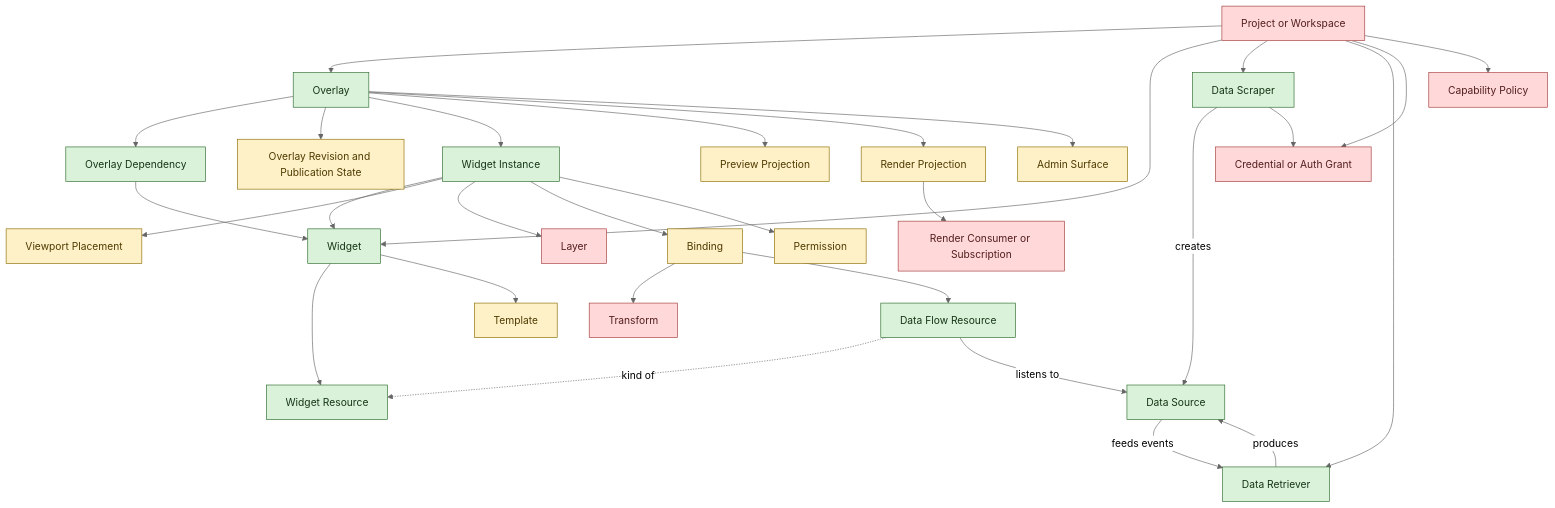
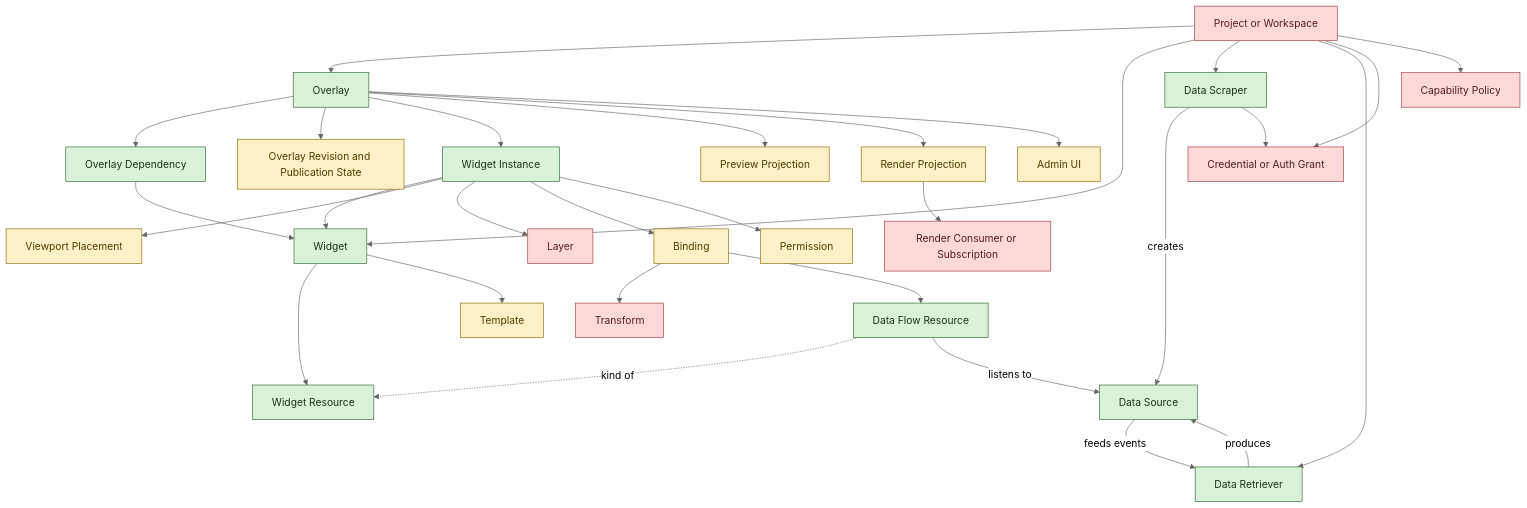
One commit to kane-thornwyrd/nexis changed the diagram in GLOSSARY.md. Above: the diagram before and after it, drawn with Mermaid (neutral theme). The commit also changed other lines of this file and 10 other files, not shown here.

````diff
--- a/GLOSSARY.md
+++ b/GLOSSARY.md
@@ -809,64 +843,64 @@
 ```mermaid
 graph TD
   Project[Project or Workspace]
   Overlay[Overlay]
   OverlayDependency[Overlay Dependency]
   Revision[Overlay Revision and Publication State]
   Widget[Widget]
   WidgetResource[Widget Resource]
   DataScraper[Data Scraper]
   DataRetriever[Data Retriever]
   DataSource[Data Source]
   DataFlowResource[Data Flow Resource]
   WidgetInstance[Widget Instance]
   Template[Template]
   Placement[Viewport Placement]
   Layer[Layer]
   Binding[Binding]
   Transform[Transform]
   Credential[Credential or Auth Grant]
   Permission[Permission]
   Policy[Capability Policy]
   Preview[Preview Projection]
   Render[Render Projection]
-  Admin[Admin Surface]
+  Admin[Admin UI]
   Subscription[Render Consumer or Subscription]
 
   Project --> Overlay
   Project --> Widget
   Project --> DataScraper
   Project --> DataRetriever
   Project --> Credential
   Project --> Policy
   Overlay --> OverlayDependency
   Overlay --> Revision
   Overlay --> WidgetInstance
   Overlay --> Preview
   Overlay --> Render
   Overlay --> Admin
   OverlayDependency --> Widget
   Widget --> WidgetResource
   DataFlowResource -. kind of .-> WidgetResource
   Widget --> Template
   DataScraper -->|creates| DataSource
   DataScraper --> Credential
   DataSource -->|feeds events| DataRetriever
   DataRetriever -->|produces| DataSource
   WidgetInstance --> Widget
   WidgetInstance --> Placement
   WidgetInstance --> Layer
   WidgetInstance --> Binding
   WidgetInstance --> Permission
   Binding --> Transform
   Binding --> DataFlowResource
   DataFlowResource -->|listens to| DataSource
   Render --> Subscription
 
   classDef defined fill:#d9f2d9,stroke:#2d6a2d,color:#163516;
   classDef underdefined fill:#fff1c7,stroke:#8b6b00,color:#4e3a00;
   classDef missing fill:#ffd9d9,stroke:#a33a3a,color:#541d1d;
 
   class Overlay,OverlayDependency,Widget,WidgetResource,DataScraper,DataRetriever,DataSource,DataFlowResource,WidgetInstance defined;
   class Template,Placement,Permission,Preview,Render,Admin,Revision,Binding underdefined;
   class Project,Layer,Transform,Credential,Policy,Subscription missing;
 ```
````
